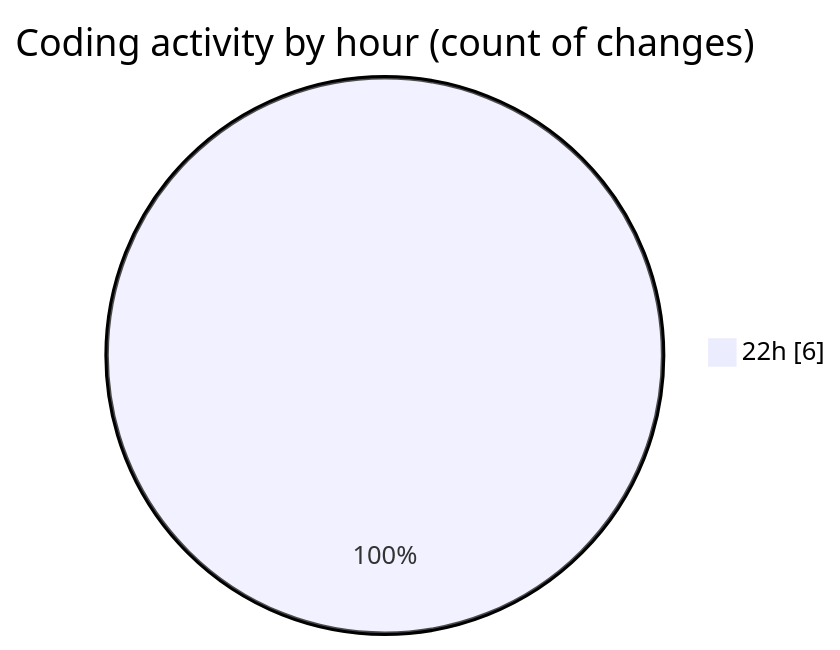
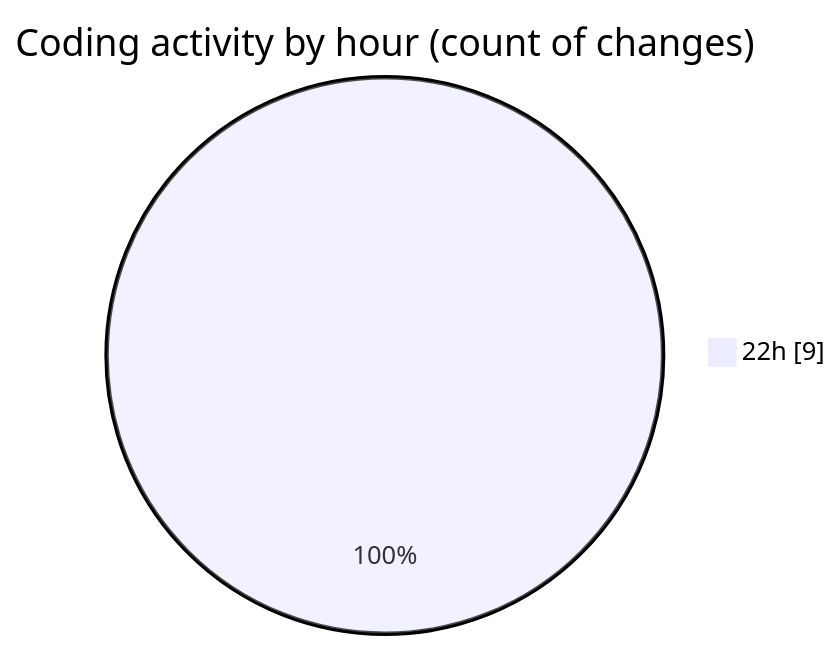
One commit to becaeroporto-bot/code-tracking changed the second of 2 diagrams in 2026-02-16/chatbot-ui-main/README.md. Above: the diagram before and after it, drawn with Mermaid. The commit also changed other lines of this file and 1 other file, not shown here.

````diff
--- a/2026-02-16/chatbot-ui-main/README.md
+++ b/2026-02-16/chatbot-ui-main/README.md
@@ -28,5 +32,5 @@
 ```mermaid
 pie showData
 title Coding activity by hour (count of changes)
-"22h" : 6
+"22h" : 9
 ```
````
